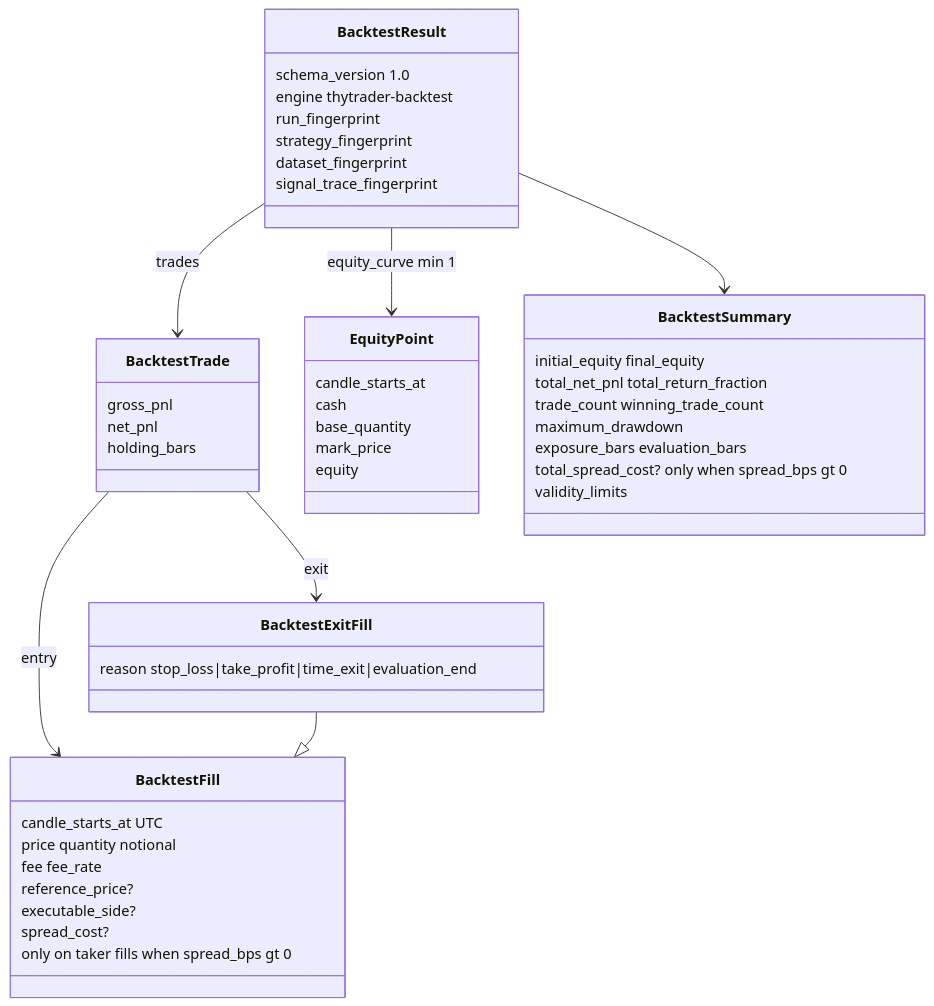
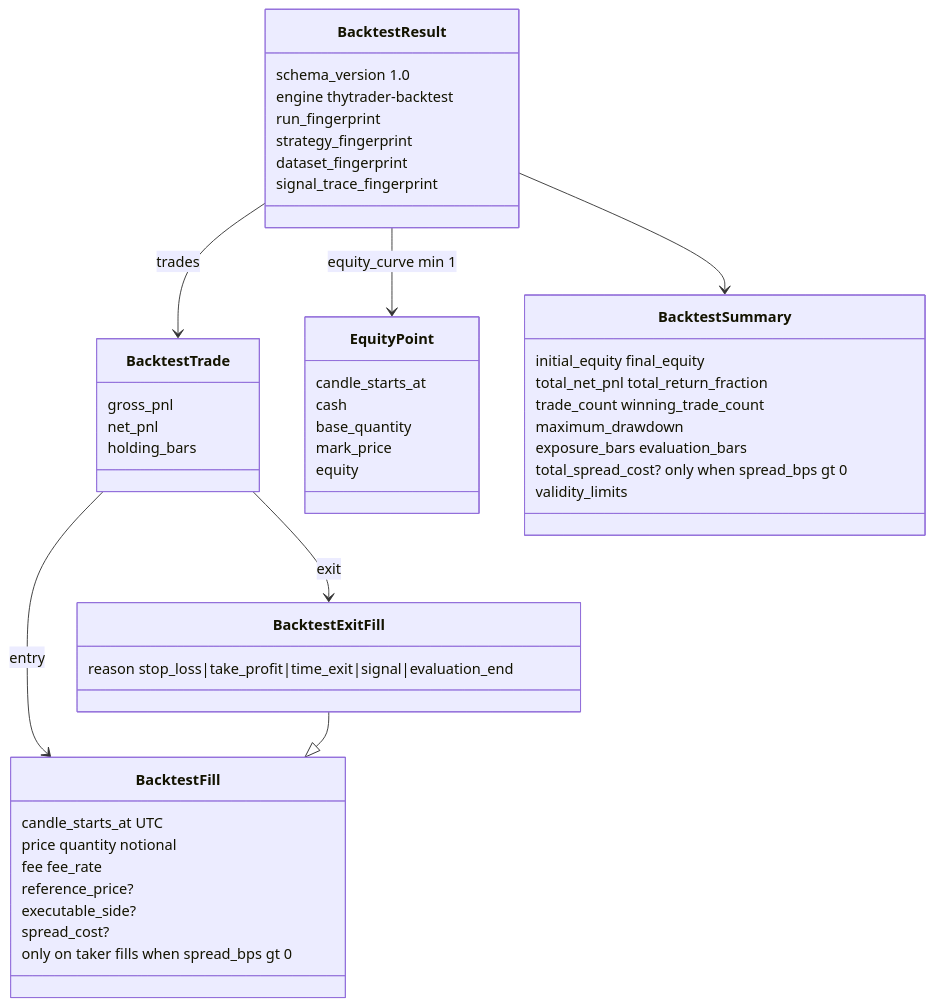
The first of 2 diagrams in docs/architecture/contracts/backtest-result.md (Zoltesh/thytrader), drawn with Mermaid before and after one commit. The commit also changed 73 other files, not shown here.

First line of the commit message:
feat(strategies): signal-based exits (exits.signal_exit) across backtest, paper, and live (ADR 0093)

````diff
--- a/docs/architecture/contracts/backtest-result.md
+++ b/docs/architecture/contracts/backtest-result.md
@@ -16,50 +16,50 @@
 ```mermaid
 classDiagram
   class BacktestResult {
     schema_version 1.0
     engine thytrader-backtest
     run_fingerprint
     strategy_fingerprint
     dataset_fingerprint
     signal_trace_fingerprint
   }
   class BacktestTrade {
     gross_pnl
     net_pnl
     holding_bars
   }
   class BacktestFill {
     candle_starts_at UTC
     price quantity notional
     fee fee_rate
     reference_price?
     executable_side?
     spread_cost?
     only on taker fills when spread_bps gt 0
   }
   class BacktestExitFill {
-    reason stop_loss|take_profit|time_exit|evaluation_end
+    reason stop_loss|take_profit|time_exit|signal|evaluation_end
   }
   class EquityPoint {
     candle_starts_at
     cash
     base_quantity
     mark_price
     equity
   }
   class BacktestSummary {
     initial_equity final_equity
     total_net_pnl total_return_fraction
     trade_count winning_trade_count
     maximum_drawdown
     exposure_bars evaluation_bars
     total_spread_cost? only when spread_bps gt 0
     validity_limits
   }
   BacktestResult --> BacktestTrade : trades
   BacktestResult --> EquityPoint : equity_curve min 1
   BacktestResult --> BacktestSummary
   BacktestTrade --> BacktestFill : entry
   BacktestTrade --> BacktestExitFill : exit
   BacktestExitFill --|> BacktestFill
 ```
````
